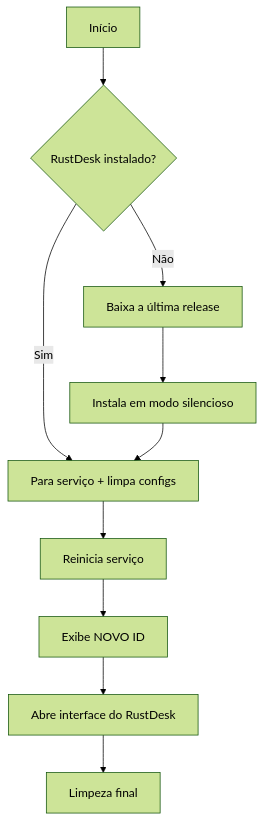
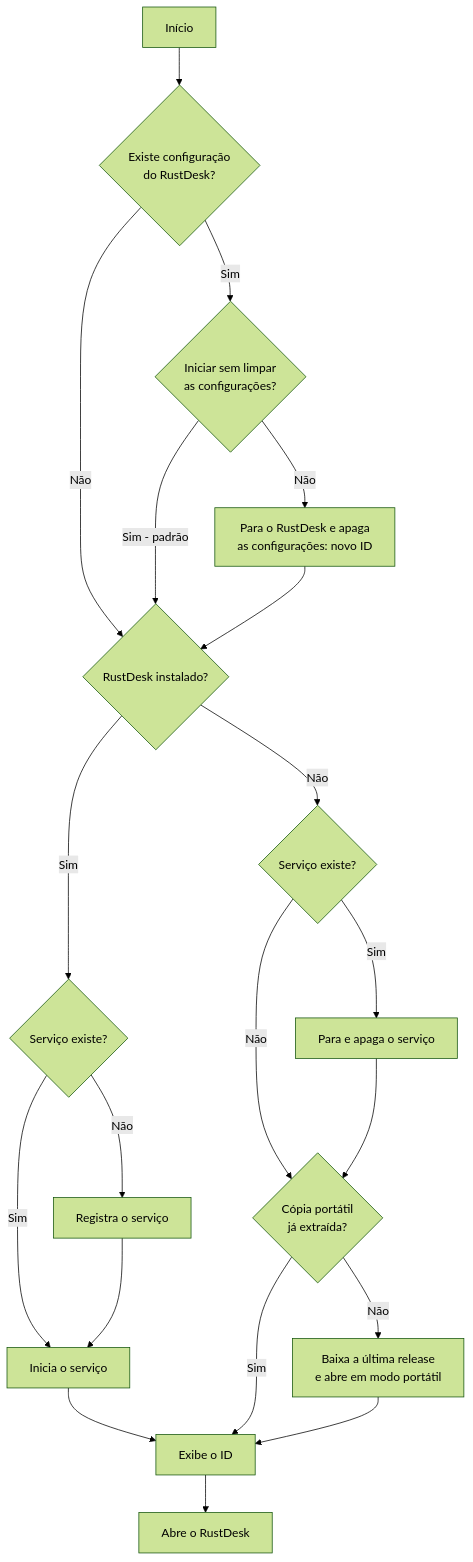
Before and after one commit to wevertonmbrtx/rustdesk: the diagram in README.md, drawn with Mermaid (forest theme). The commit also changed other lines of this file and 1 other file, not shown here.

Commit message:
Atualiza README.md e initrd.bat para melhorar a descrição do projeto e ajustar a lógica de instalação do RustDesk, incluindo suporte para modo portátil e melhorias na detecção de serviços.

````diff
--- a/README.md
+++ b/README.md
@@ -55,12 +55,22 @@
 ```mermaid
 graph TD
-    A[Início] --> B{RustDesk instalado?}
-    B -->|Sim| C[Para serviço + limpa configs]
-    B -->|Não| D[Baixa a última release]
-    D --> E[Instala em modo silencioso]
-    E --> C
-    C --> F[Reinicia serviço]
-    F --> G[Exibe NOVO ID]
-    G --> H[Abre interface do RustDesk]
-    H --> I[Limpeza final]
+    A[Início] --> B{Existe configuração<br/>do RustDesk?}
+    B -->|Não| E{RustDesk instalado?}
+    B -->|Sim| C{Iniciar sem limpar<br/>as configurações?}
+    C -->|Sim - padrão| E
+    C -->|Não| D[Para o RustDesk e apaga<br/>as configurações: novo ID]
+    D --> E
+    E -->|Sim| F{Serviço existe?}
+    F -->|Não| G[Registra o serviço]
+    F -->|Sim| H[Inicia o serviço]
+    G --> H
+    H --> M[Exibe o ID]
+    E -->|Não| I{Serviço existe?}
+    I -->|Sim| J[Para e apaga o serviço]
+    I -->|Não| K{Cópia portátil<br/>já extraída?}
+    J --> K
+    K -->|Sim| M
+    K -->|Não| L[Baixa a última release<br/>e abre em modo portátil]
+    L --> M
+    M --> N[Abre o RustDesk]
 ```
````
